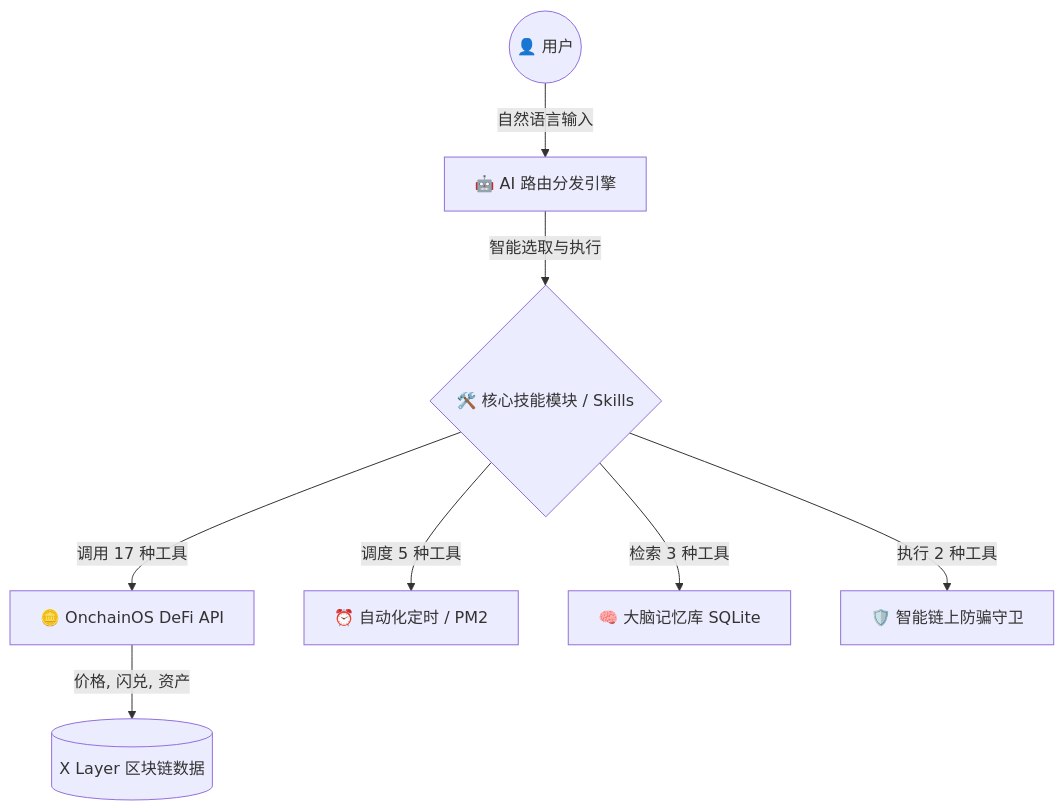
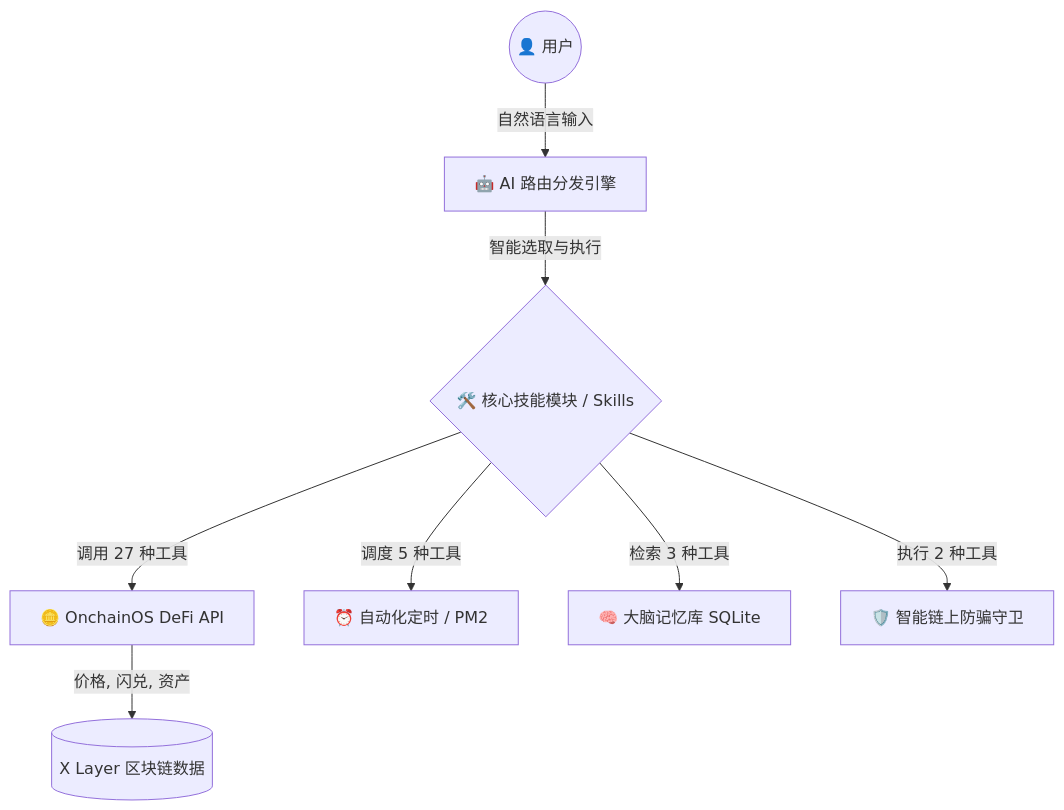
The second of 6 diagrams in README.md (haivcon/xbot), drawn with Mermaid before and after one commit. The commit also changed other lines of this file and 19 other files, not shown here.

````diff
--- a/README.md
+++ b/README.md
@@ -452,10 +496,10 @@
 ```mermaid
 graph TD;
     User((👤 用户)) -->|自然语言输入| Core[🤖 AI 路由分发引擎];
     Core -->|智能选取与执行| Tools{🛠️ 核心技能模块 / Skills};
-    Tools -->|调用 17 种工具| Onchain[🪙 OnchainOS DeFi API];
+    Tools -->|调用 27 种工具| Onchain[🪙 OnchainOS DeFi API];
     Tools -->|调度 5 种工具| Scheduler[⏰ 自动化定时 / PM2];
     Tools -->|检索 3 种工具| Memory[🧠 大脑记忆库 SQLite];
     Tools -->|执行 2 种工具| Security[🛡️ 智能链上防骗守卫];
     Onchain -->|价格, 闪兑, 资产| XLayer[(X Layer 区块链数据)];
 ```
````
